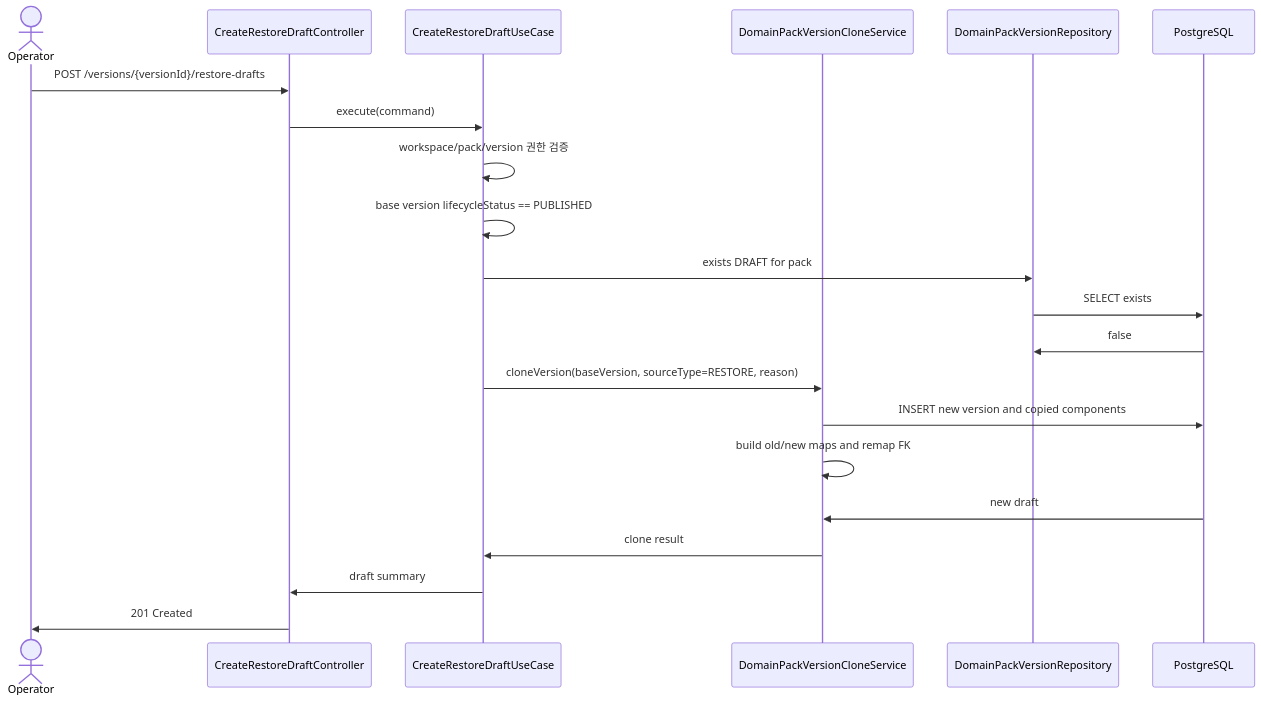
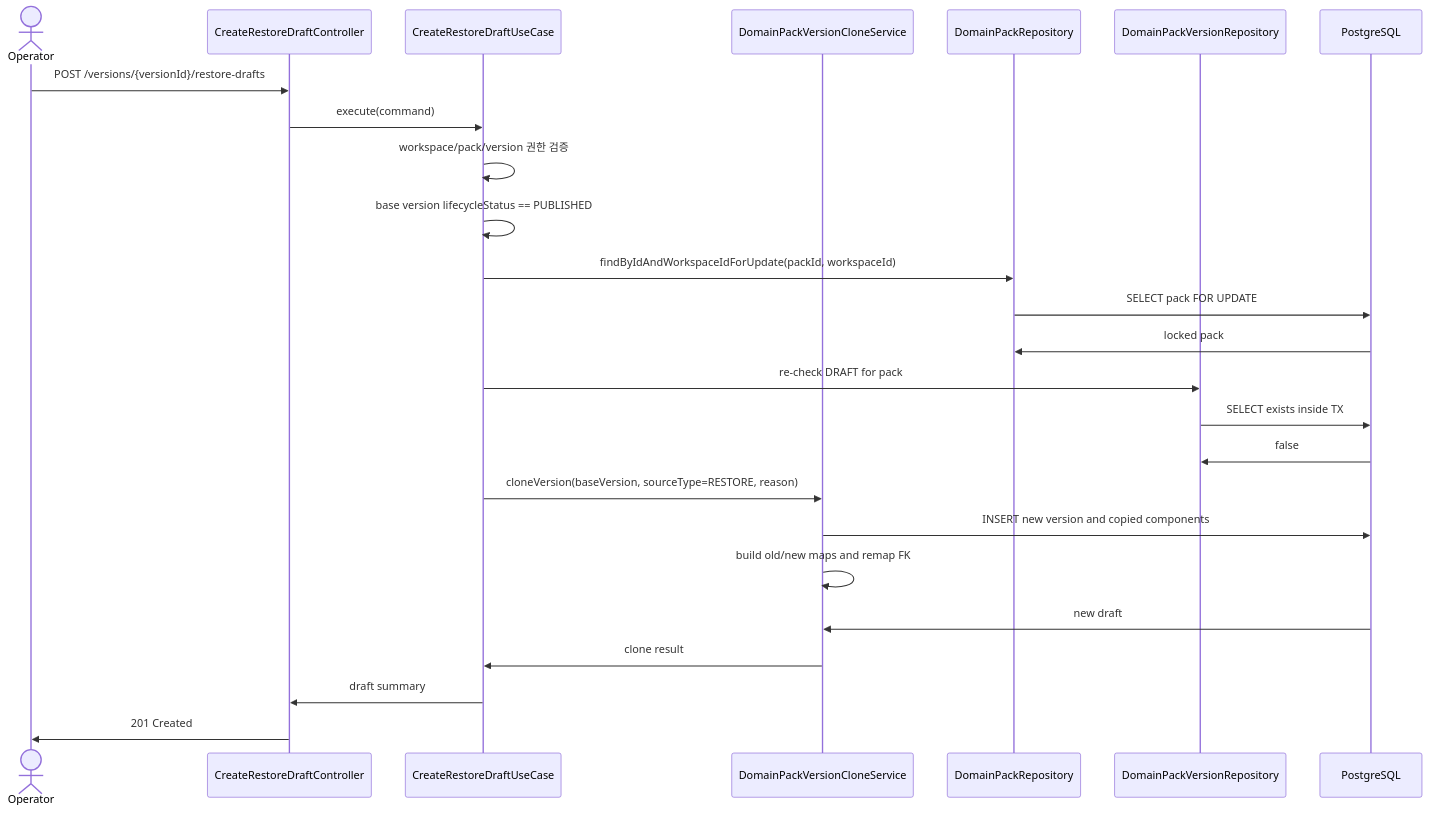
The fourth of 4 diagrams in .agent/specs/314.md (ajou-2026-1-capstone-5/ostone), drawn with Mermaid before and after one commit. The commit also changed other lines of this file, not shown here.

Commit message:
docs(domain-pack): specify draft concurrency safeguards

````diff
--- a/.agent/specs/314.md
+++ b/.agent/specs/314.md
@@ -712,24 +734,28 @@
 ```mermaid
 sequenceDiagram
     actor op as Operator
     participant ctrl as CreateRestoreDraftController
     participant uc as CreateRestoreDraftUseCase
     participant clone as DomainPackVersionCloneService
+    participant packRepo as DomainPackRepository
     participant verRepo as DomainPackVersionRepository
     participant db as PostgreSQL
 
     op ->> ctrl: POST /versions/{versionId}/restore-drafts
     ctrl ->> uc: execute(command)
     uc ->> uc: workspace/pack/version 권한 검증
     uc ->> uc: base version lifecycleStatus == PUBLISHED
-    uc ->> verRepo: exists DRAFT for pack
-    verRepo ->> db: SELECT exists
+    uc ->> packRepo: findByIdAndWorkspaceIdForUpdate(packId, workspaceId)
+    packRepo ->> db: SELECT pack FOR UPDATE
+    db ->> packRepo: locked pack
+    uc ->> verRepo: re-check DRAFT for pack
+    verRepo ->> db: SELECT exists inside TX
     db ->> verRepo: false
     uc ->> clone: cloneVersion(baseVersion, sourceType=RESTORE, reason)
     clone ->> db: INSERT new version and copied components
     clone ->> clone: build old/new maps and remap FK
     db ->> clone: new draft
     clone ->> uc: clone result
     uc ->> ctrl: draft summary
     ctrl ->> op: 201 Created
 ```
````
